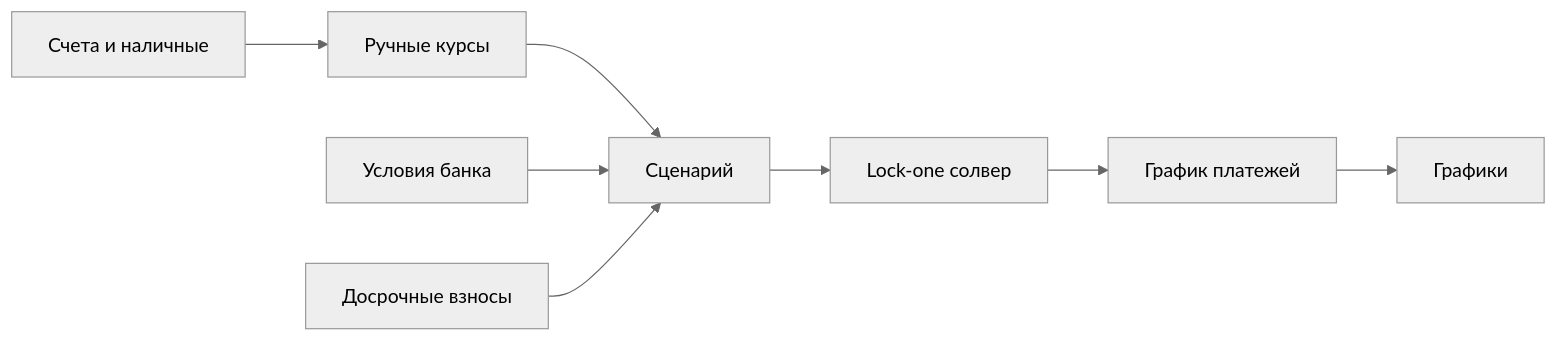
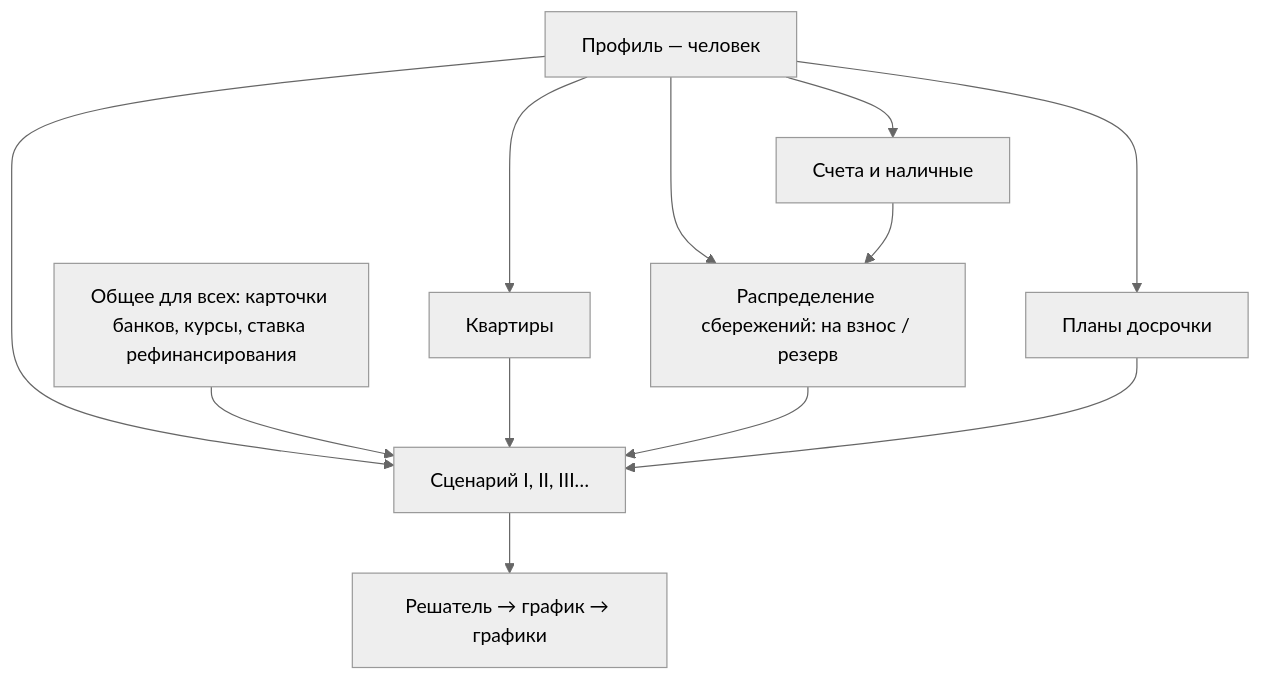
Before and after one commit to Alexey0795/home-equity-blueprint: the diagram in some-plan.md, drawn with Mermaid (neutral theme). The commit also changed other lines of this file and 1 other file, not shown here.

````diff
--- a/some-plan.md
+++ b/some-plan.md
@@ -62,16 +76,23 @@
 ```mermaid
-flowchart LR
-  savings[Счета и наличные]
-  fx[Ручные курсы]
-  product[Условия банка]
-  prepay[Досрочные взносы]
-  scenario[Сценарий]
-  solver[Lock-one солвер]
-  schedule[График платежей]
-  charts[Графики]
+flowchart TD
+  global[Общее для всех: карточки банков, курсы, ставка рефинансирования]
+  profile[Профиль — человек]
+  accounts[Счета и наличные]
+  apt[Квартиры]
+  splan[Распределение сбережений: на взнос / резерв]
+  pplan[Планы досрочки]
+  scenario[Сценарий I, II, III…]
+  solver[Решатель → график → графики]
 
-  savings --> fx --> scenario
-  product --> scenario
-  prepay --> scenario
-  scenario --> solver --> schedule --> charts
+  profile --> accounts
+  profile --> apt
+  profile --> splan
+  profile --> pplan
+  profile --> scenario
+  global --> scenario
+  apt --> scenario
+  splan --> scenario
+  pplan --> scenario
+  accounts --> splan
+  scenario --> solver
 ```
````
